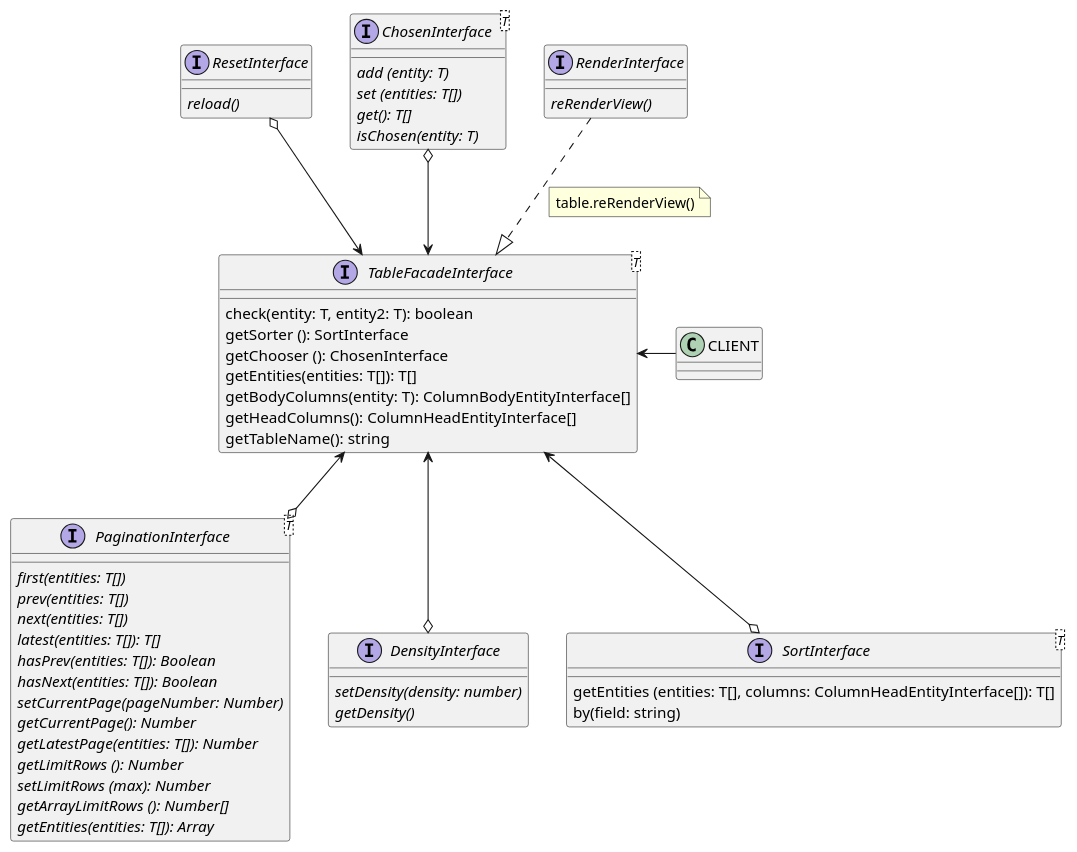
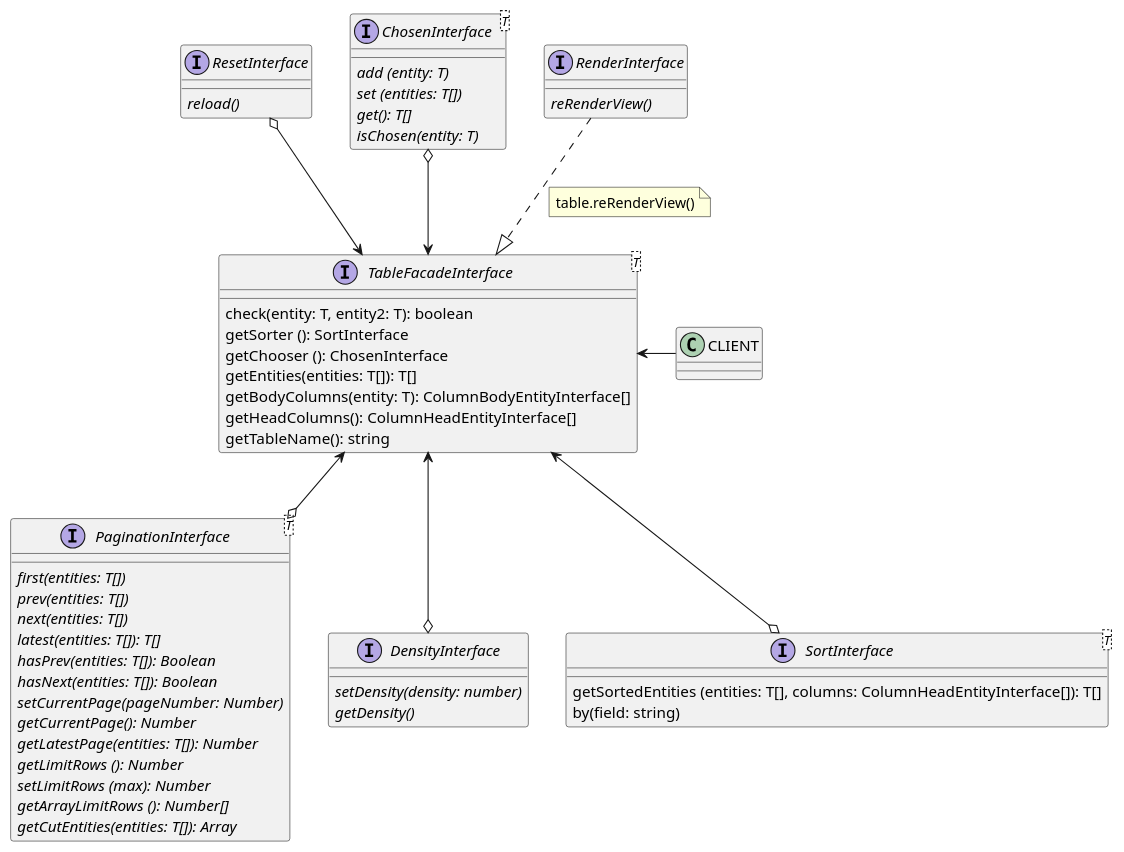
Before and after one commit to gothic-prince/table-component-es: the diagram in src/Models/Render/Render.puml, drawn with PlantUML. The commit also changed 2 other files, not shown here.

Commit message:
Add RenderManager and fix uml

```diff
--- a/src/Models/Render/Render.puml
+++ b/src/Models/Render/Render.puml
@@ -1,66 +1,66 @@
 @startuml
 
 interface PaginationInterface <T> {
   {abstract} first(entities: T[])
   {abstract} prev(entities: T[])
   {abstract} next(entities: T[])
   {abstract} latest(entities: T[]): T[]
   {abstract} hasPrev(entities: T[]): Boolean
   {abstract} hasNext(entities: T[]): Boolean
   {abstract} setCurrentPage(pageNumber: Number)
   {abstract} getCurrentPage(): Number
   {abstract} getLatestPage(entities: T[]): Number
   {abstract} getLimitRows (): Number
   {abstract} setLimitRows (max): Number
   {abstract} getArrayLimitRows (): Number[]
-  {abstract} getEntities(entities: T[]): Array
+  {abstract} getCutEntities(entities: T[]): Array
 }
 interface DensityInterface {
   {abstract} setDensity(density: number)
   {abstract} getDensity()
 }
 interface ResetInterface {
   {abstract} reload()
 }
 interface ChosenInterface <T> {
   {abstract} add (entity: T)
   {abstract} set (entities: T[])
   {abstract} get(): T[]
   {abstract} isChosen(entity: T)
 }
 
 interface SortInterface <T> {
-    getEntities (entities: T[], columns: ColumnHeadEntityInterface[]): T[]
+    getSortedEntities (entities: T[], columns: ColumnHeadEntityInterface[]): T[]
     by(field: string)
 }
 
 interface RenderInterface {
     {abstract} reRenderView()
 }
 
 interface TableFacadeInterface <T> {
   check(entity: T, entity2: T): boolean
   getSorter (): SortInterface
   getChooser (): ChosenInterface
   getEntities(entities: T[]): T[]
   getBodyColumns(entity: T): ColumnBodyEntityInterface[]
   getHeadColumns(): ColumnHeadEntityInterface[]
   getTableName(): string
 }
 
 ChosenInterface o--> TableFacadeInterface
 
 ResetInterface o--> TableFacadeInterface
 
 TableFacadeInterface <--o DensityInterface
 
 TableFacadeInterface <--o PaginationInterface
 
 TableFacadeInterface <--o SortInterface
 
 RenderInterface ..|> TableFacadeInterface
 note left on link
   table.reRenderView()
 end note
 TableFacadeInterface <- CLIENT
 @enduml
```
